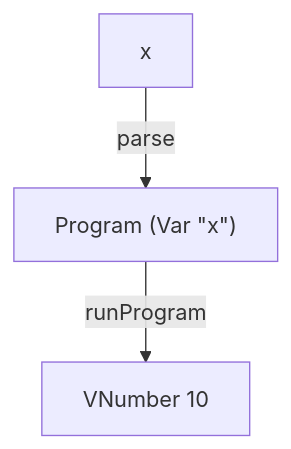
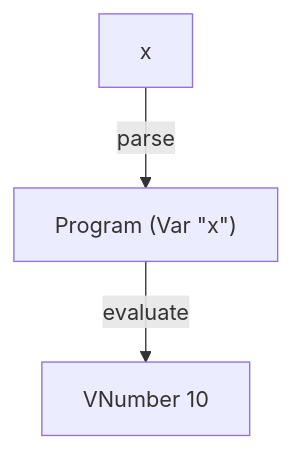
Before and after one commit to tinyinterpreters/var: the diagram in README.md, drawn with Mermaid. The commit also changed other lines of this file, not shown here.

````diff
--- a/README.md
+++ b/README.md
@@ -9,5 +9,5 @@
 ```mermaid
 flowchart TD
-    A["x"] -->|parse| B["Program (Var &quot;x&quot;)"]
-    B -->|runProgram| C["VNumber 10"]
+    A["x"] -->|parse| B["Program (Var #quot;x#quot;)"]
+    B -->|evaluate| C["VNumber 10"]
 ```
````
